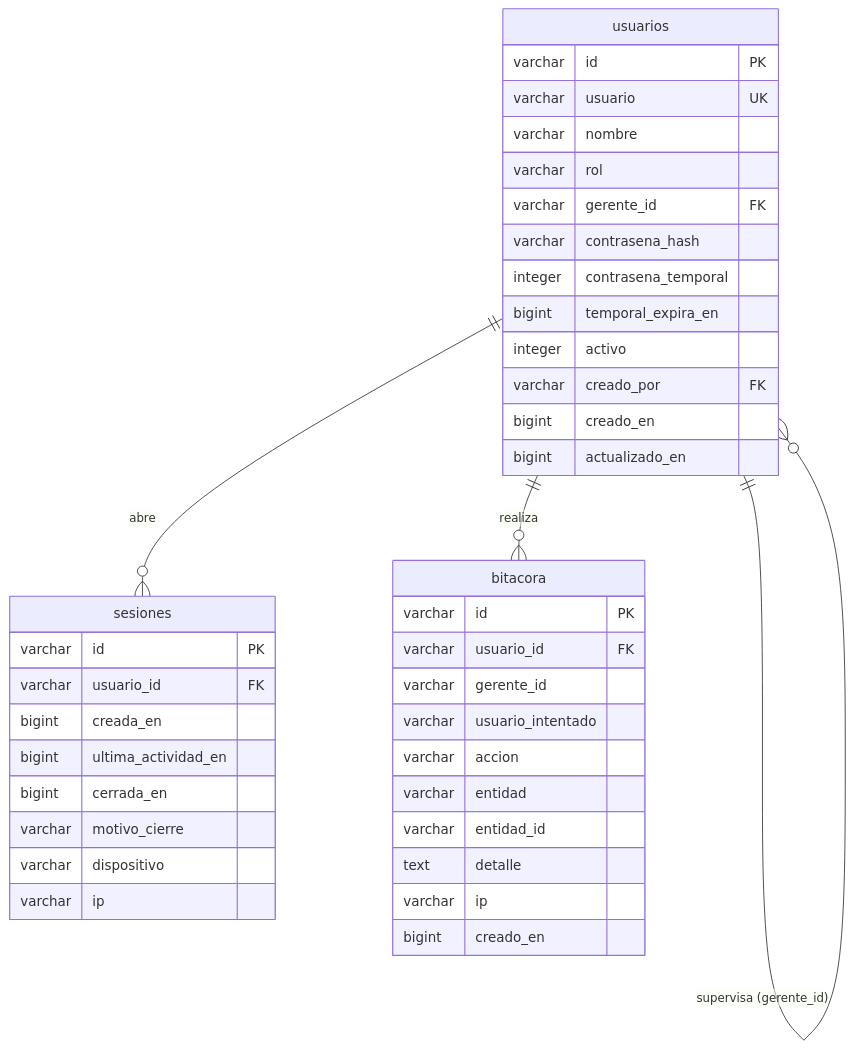
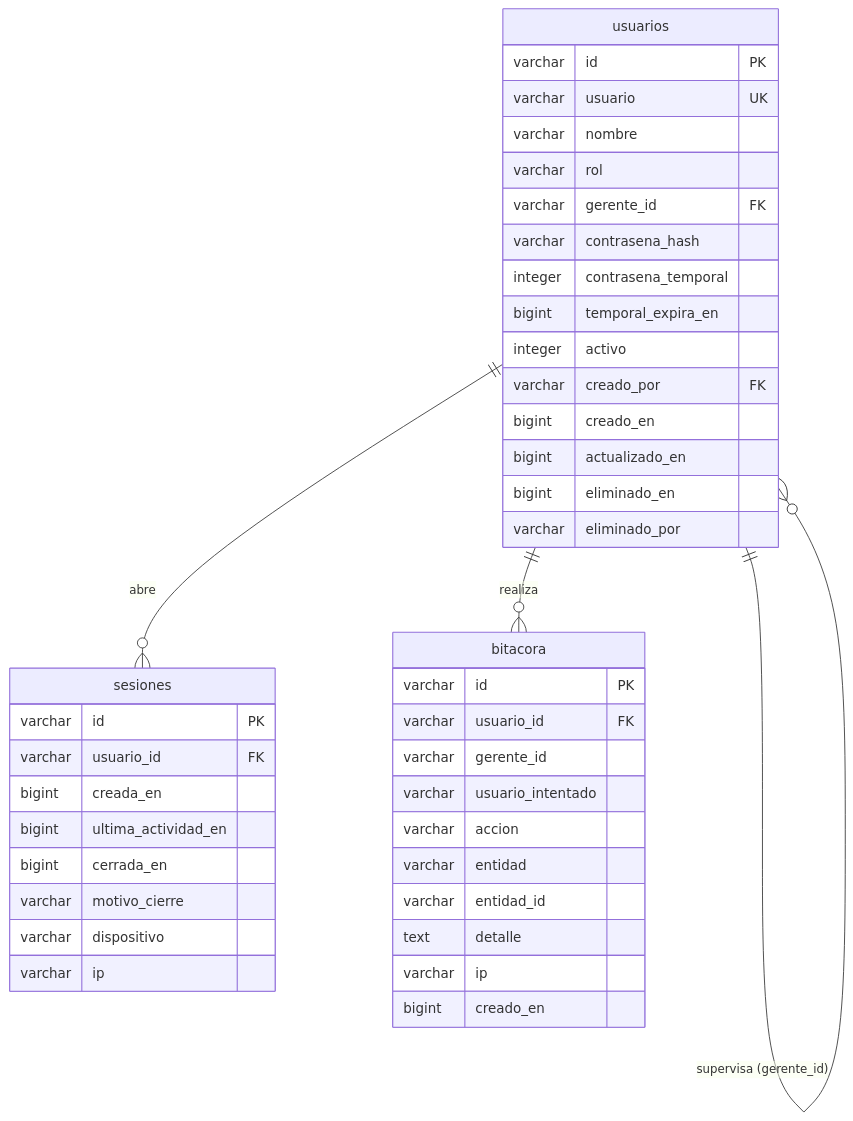
One commit to kardanmarmen/fsoftware_financiera changed the second of 6 diagrams in docs/incremento-1/1.2-diseno-usuarios-roles.md. Above: the diagram before and after it, drawn with Mermaid. The commit also changed other lines of this file and 14 other files, not shown here.

````diff
--- a/docs/incremento-1/1.2-diseno-usuarios-roles.md
+++ b/docs/incremento-1/1.2-diseno-usuarios-roles.md
@@ -43,43 +44,45 @@
 ```mermaid
 erDiagram
   usuarios ||--o{ usuarios : "supervisa (gerente_id)"
   usuarios ||--o{ sesiones : "abre"
   usuarios ||--o{ bitacora : "realiza"
 
   usuarios {
     varchar id PK
     varchar usuario UK
     varchar nombre
     varchar rol
     varchar gerente_id FK
     varchar contrasena_hash
     integer contrasena_temporal
     bigint temporal_expira_en
     integer activo
     varchar creado_por FK
     bigint creado_en
     bigint actualizado_en
+    bigint eliminado_en
+    varchar eliminado_por
   }
   sesiones {
     varchar id PK
     varchar usuario_id FK
     bigint creada_en
     bigint ultima_actividad_en
     bigint cerrada_en
     varchar motivo_cierre
     varchar dispositivo
     varchar ip
   }
   bitacora {
     varchar id PK
     varchar usuario_id FK
     varchar gerente_id
     varchar usuario_intentado
     varchar accion
     varchar entidad
     varchar entidad_id
     text detalle
     varchar ip
     bigint creado_en
   }
 ```
````
